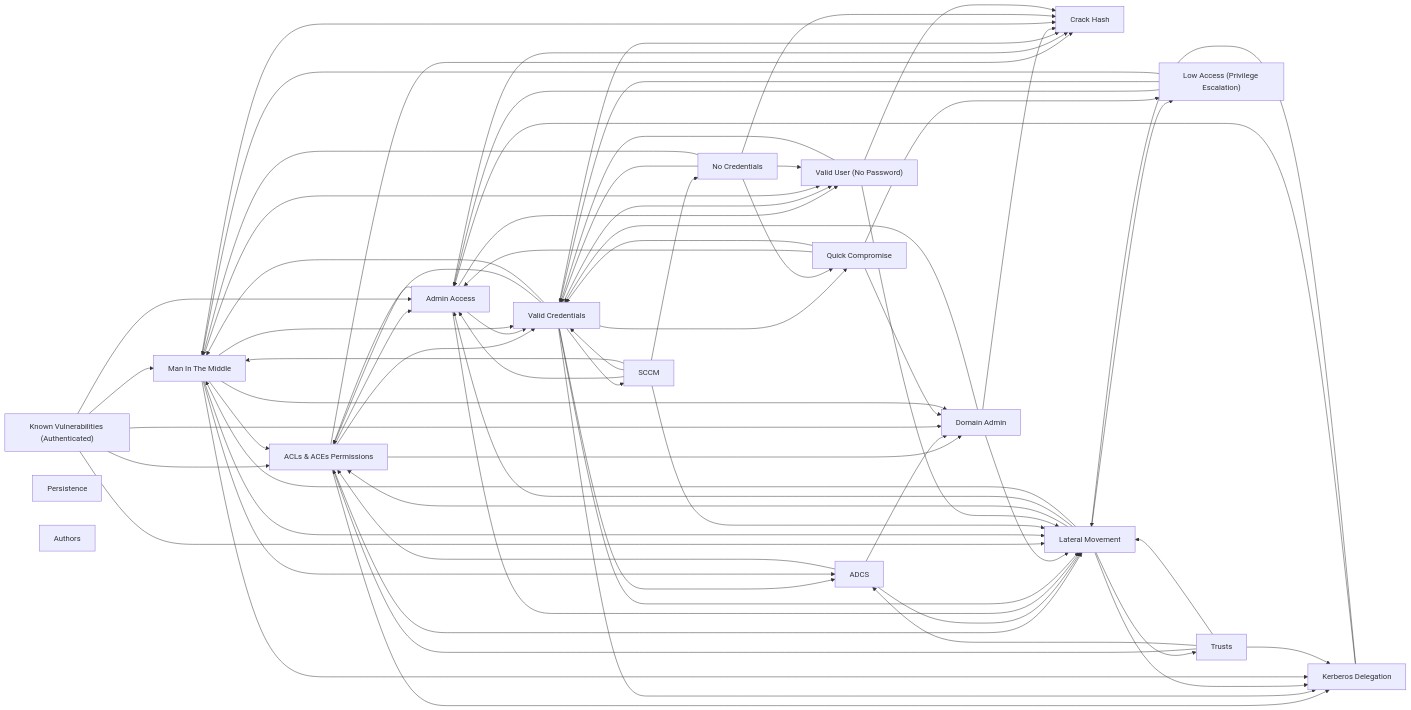
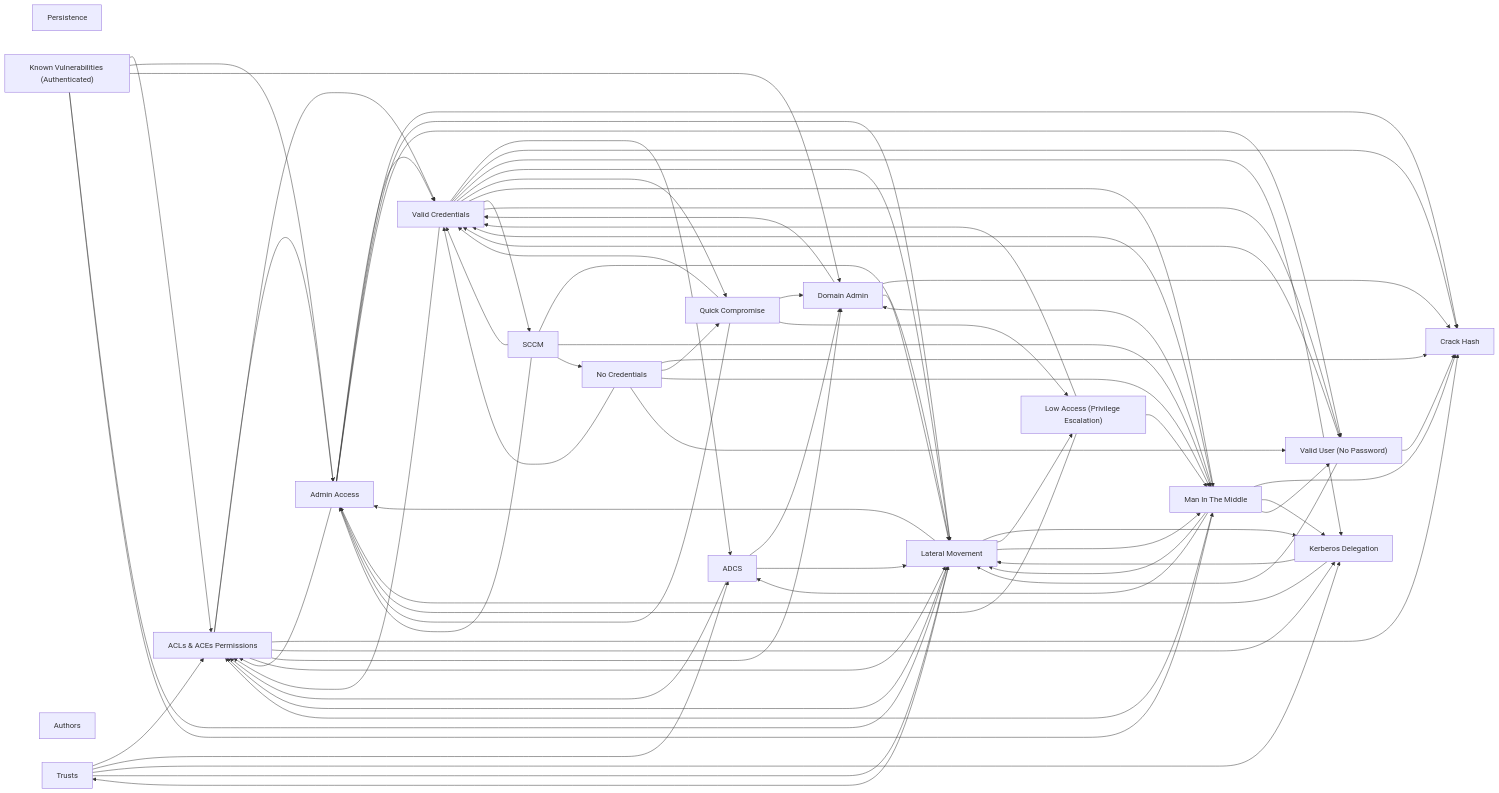
One commit to Michael-JRead/OSCP-AD-Mindmap changed the diagram in obsidian/AD Mindmap.md. Above: the diagram before and after it, drawn with Mermaid. The commit also changed other lines of this file and 9 other files, not shown here.

First line of the commit message:
Improve AD mindmap vault: resolve all arrow links + add OSCP playbook

````diff
--- a/obsidian/AD Mindmap.md
+++ b/obsidian/AD Mindmap.md
@@ -25,23 +28,23 @@
 ```mermaid
 flowchart LR
-    mitm["Man In The Middle"]
-    low_hanging["Quick Compromise"]
-    know_vuln_auth["Known Vulnerabilities (Authenticated)"]
-    acl["ACLs & ACEs Permissions"]
-    admin["Admin Access"]
+    persistence["Persistence"]
+    trusts["Trusts"]
     crack_hash["Crack Hash"]
     no_creds["No Credentials"]
+    dom_admin["Domain Admin"]
+    low_hanging["Quick Compromise"]
+    admin["Admin Access"]
+    authors["Authors"]
+    acl["ACLs & ACEs Permissions"]
+    low_access["Low Access (Privilege Escalation)"]
+    know_vuln_auth["Known Vulnerabilities (Authenticated)"]
+    valid_user["Valid User (No Password)"]
+    authenticated["Valid Credentials"]
+    delegation["Kerberos Delegation"]
+    mitm["Man In The Middle"]
+    sccm["SCCM"]
     lat_move["Lateral Movement"]
-    persistence["Persistence"]
-    trusts["Trusts"]
-    authenticated["Valid Credentials"]
     adcs["ADCS"]
-    sccm["SCCM"]
-    authors["Authors"]
-    dom_admin["Domain Admin"]
-    low_access["Low Access (Privilege Escalation)"]
-    valid_user["Valid User (No Password)"]
-    delegation["Kerberos Delegation"]
     acl --> admin
     acl --> authenticated
     acl --> crack_hash
````
